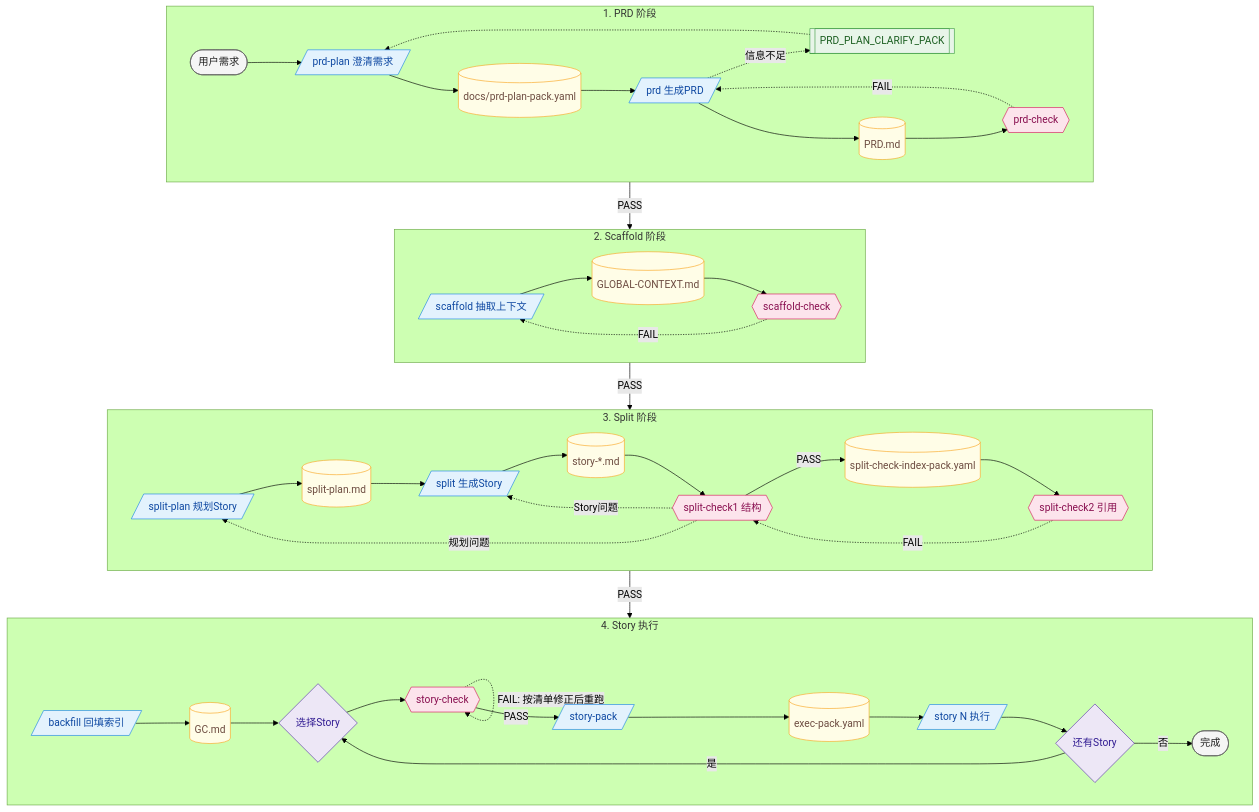
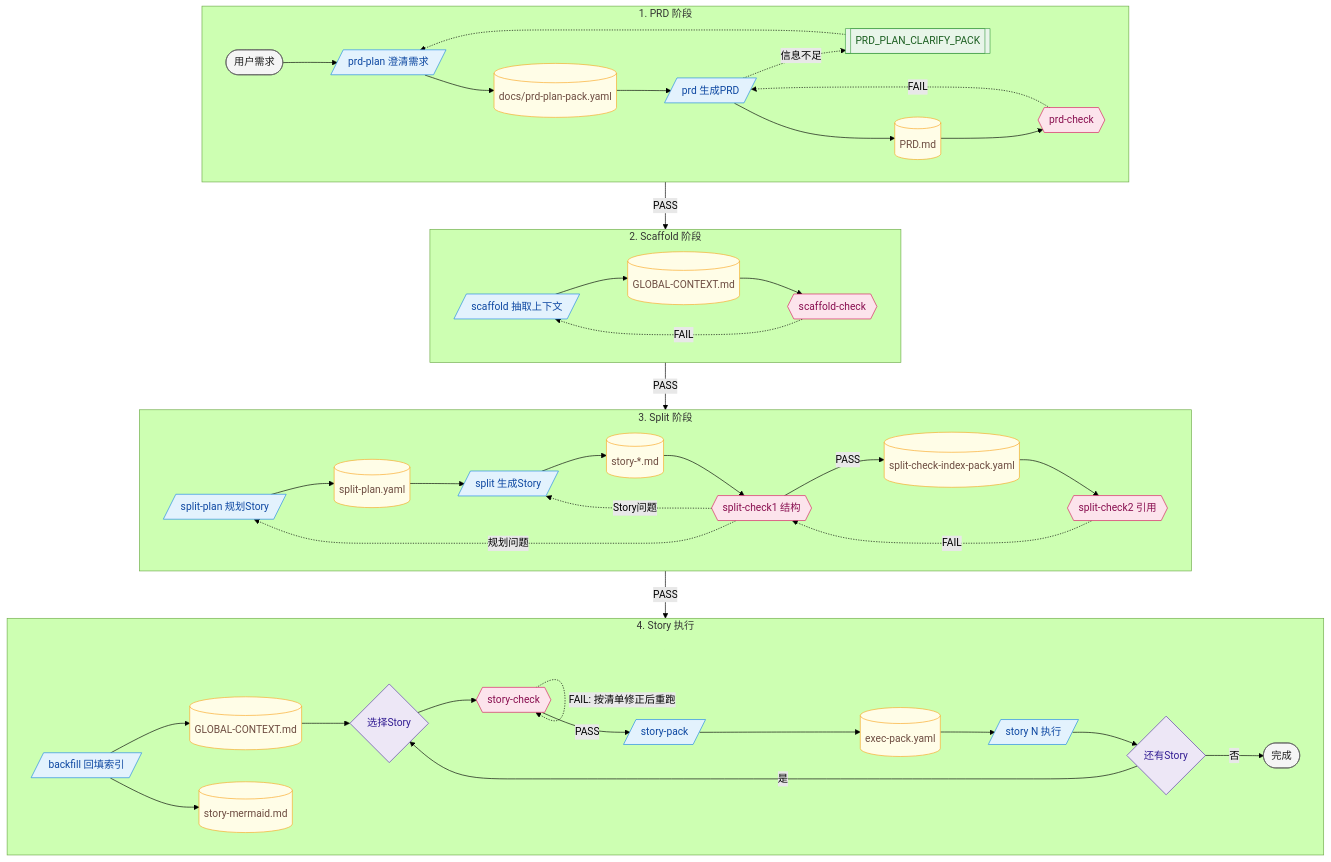
The diagram in Workflow.md (snakeying/Textum), drawn with Mermaid (forest theme) before and after one commit. The commit also changed other lines of this file and 18 other files, not shown here.

````diff
--- a/Workflow.md
+++ b/Workflow.md
@@ -7,77 +7,79 @@
 ```mermaid
 flowchart TB
     %% 图例：蓝=命令 | 粉=校验 | 黄=文件 | 绿=交接包
 
     classDef cmd fill:#E3F2FD,stroke:#1E88E5,color:#0D47A1
     classDef chk fill:#FCE4EC,stroke:#D81B60,color:#880E4F
     classDef file fill:#FFFDE7,stroke:#F9A825,color:#6D4C41
     classDef pack fill:#E8F5E9,stroke:#43A047,color:#1B5E20
     classDef dec fill:#EDE7F6,stroke:#5E35B1,color:#311B92
     classDef note fill:#F5F5F5,stroke:#616161,color:#212121
 
     subgraph B1["1. PRD 阶段"]
         direction LR
         U([用户需求]):::note
         P1[/prd-plan 澄清需求/]:::cmd
         F0[(docs/prd-plan-pack.yaml)]:::file
         P2[/prd 生成PRD/]:::cmd
         PK2[[PRD_PLAN_CLARIFY_PACK]]:::pack
         F1[(PRD.md)]:::file
         C1{{prd-check}}:::chk
 
         U --> P1 --> F0 --> P2
         P2 -.->|信息不足| PK2 -.-> P1
         P2 --> F1 --> C1
         C1 -.->|FAIL| P2
     end
 
     subgraph B2["2. Scaffold 阶段"]
         direction LR
         S1[/scaffold 抽取上下文/]:::cmd
         F2[(GLOBAL-CONTEXT.md)]:::file
         C2{{scaffold-check}}:::chk
 
         S1 --> F2 --> C2
         C2 -.->|FAIL| S1
     end
 
     subgraph B3["3. Split 阶段"]
         direction LR
         SP[/split-plan 规划Story/]:::cmd
-        FP[(split-plan.md)]:::file
+        FP[(split-plan.yaml)]:::file
         SS[/split 生成Story/]:::cmd
         FS[(story-*.md)]:::file
         C3{{split-check1 结构}}:::chk
         IX[(split-check-index-pack.yaml)]:::file
         C4{{split-check2 引用}}:::chk
 
         SP --> FP --> SS --> FS --> C3
         C3 -.->|规划问题| SP
         C3 -.->|Story问题| SS
         C3 -->|PASS| IX --> C4
         C4 -.->|FAIL| C3
     end
 
     subgraph B4["4. Story 执行"]
         direction LR
         BF[/backfill 回填索引/]:::cmd
-        F3[(GC.md)]:::file
+        F3[(GLOBAL-CONTEXT.md)]:::file
+        FM[(story-mermaid.md)]:::file
         PK{选择Story}:::dec
         C5{{story-check}}:::chk
         PKG[/story-pack/]:::cmd
         FE[(exec-pack.yaml)]:::file
         EX[/story N 执行/]:::cmd
         MR{还有Story}:::dec
         DN([完成]):::note
 
         BF --> F3 --> PK --> C5
+        BF --> FM
         C5 -.->|FAIL: 按清单修正后重跑| C5
         C5 -->|PASS| PKG --> FE --> EX --> MR
         MR -->|是| PK
         MR -->|否| DN
     end
 
     C1 -->|PASS| S1
     C2 -->|PASS| SP
     C4 -->|PASS| BF
 ```
````
